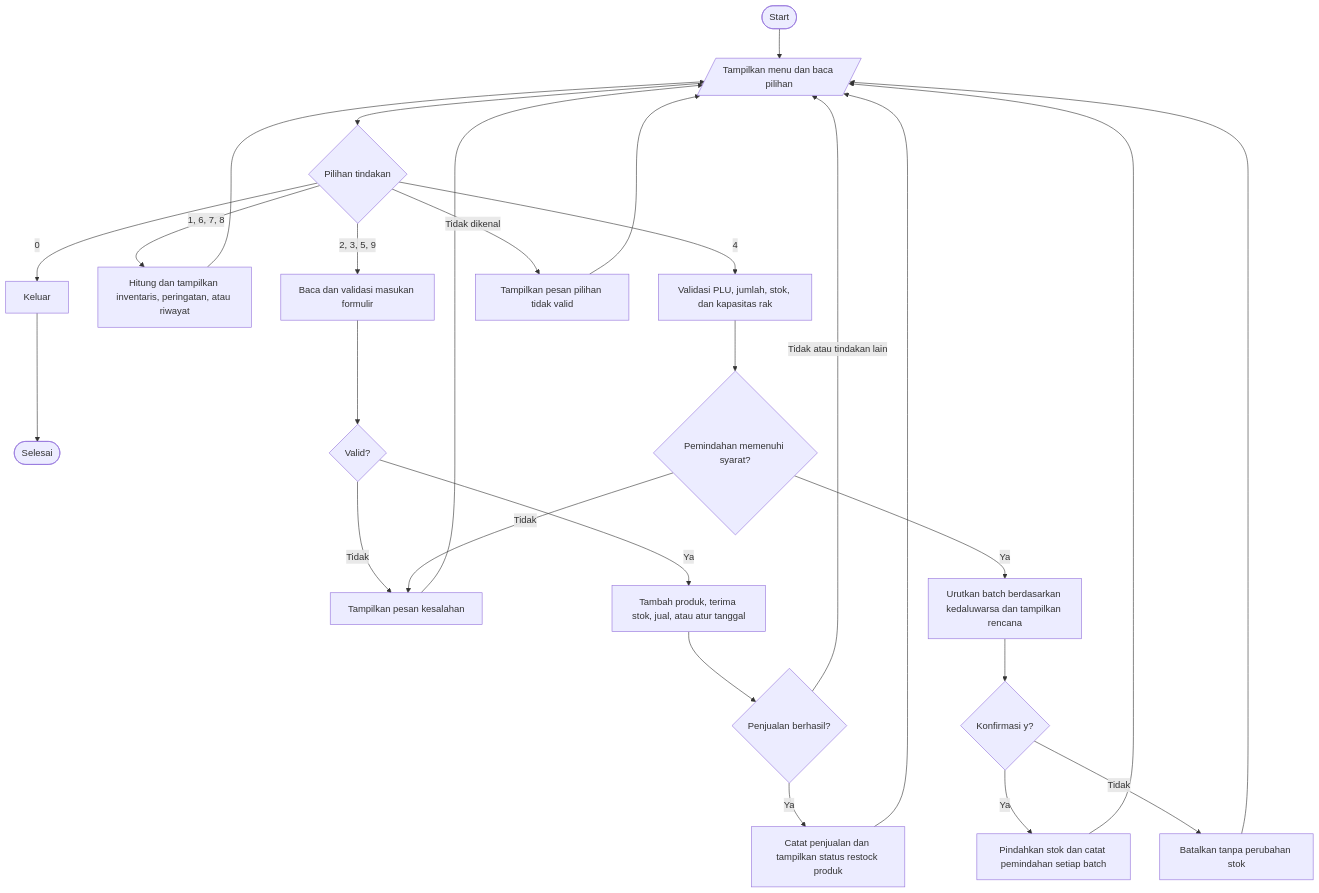
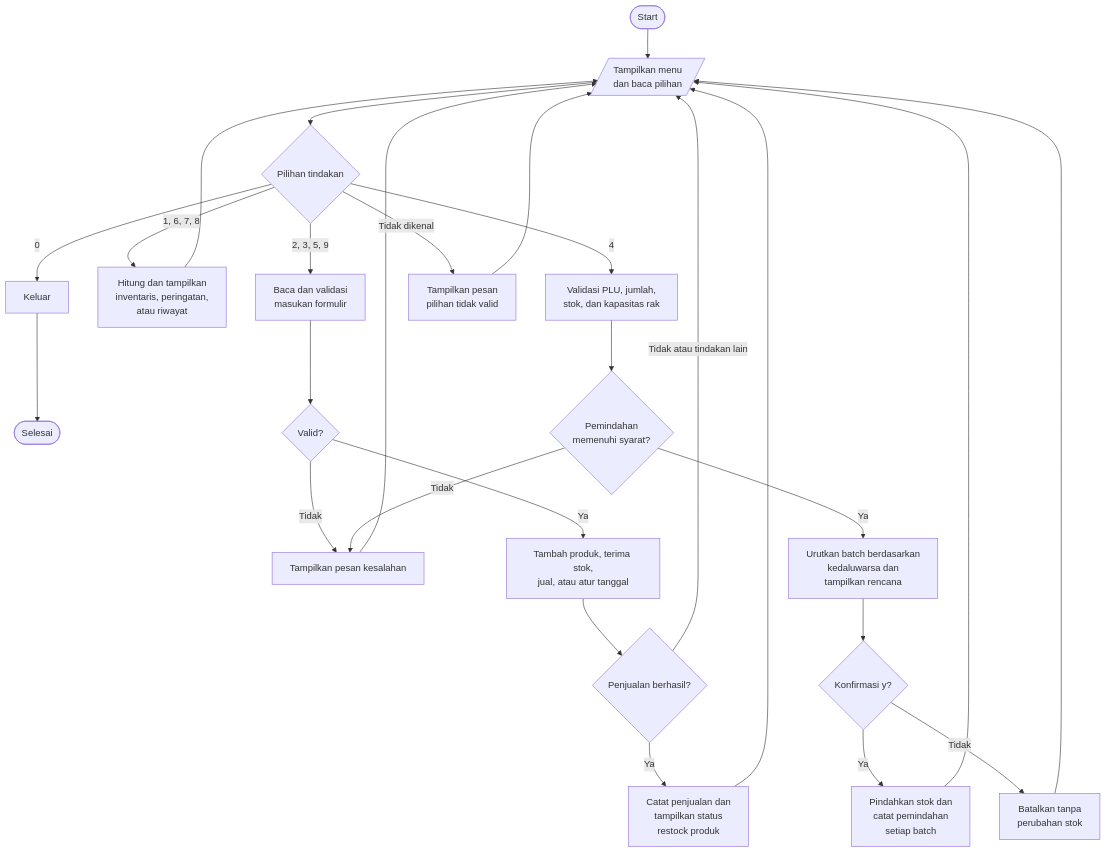
Before and after one commit to yahfiilham/pantau-toko: the diagram in README.md, drawn with Mermaid.

Commit message:
Update flowchart
nambahin <br> untuk lebarin simbol flowchart agar tulisan tidak terpotong

````diff
--- a/README.md
+++ b/README.md
@@ -107,29 +107,29 @@
 ```mermaid
 flowchart TD
-    A([Start]) --> C[/Tampilkan menu dan baca pilihan/]
+    A([Start]) --> C[/Tampilkan menu<br>dan baca pilihan/]
     C --> D{Pilihan tindakan}
     D -->|0| Z[Keluar]
     Z --> End([Selesai])
-    D -->|1, 6, 7, 8| E[Hitung dan tampilkan inventaris, peringatan, atau riwayat]
-    D -->|2, 3, 5, 9| F[Baca dan validasi masukan formulir]
-    D -->|4| G[Validasi PLU, jumlah, stok, dan kapasitas rak]
-    D -->|Tidak dikenal| H[Tampilkan pesan pilihan tidak valid]
+    D -->|1, 6, 7, 8| E[Hitung dan tampilkan<br>inventaris, peringatan,<br>atau riwayat]
+    D -->|2, 3, 5, 9| F[Baca dan validasi<br>masukan formulir]
+    D -->|4| G[Validasi PLU, jumlah,<br>stok, dan kapasitas rak]
+    D -->|Tidak dikenal| H[Tampilkan pesan<br>pilihan tidak valid]
     F --> I{Valid?}
     I -->|Tidak| J[Tampilkan pesan kesalahan]
-    I -->|Ya| K[Tambah produk, terima stok, jual, atau atur tanggal]
+    I -->|Ya| K[Tambah produk, terima stok,<br>jual, atau atur tanggal]
     K --> L{Penjualan berhasil?}
-    L -->|Ya| M[Catat penjualan dan tampilkan status restock produk]
+    L -->|Ya| M[Catat penjualan dan<br>tampilkan status<br>restock produk]
     L -->|Tidak atau tindakan lain| C
-    G --> N{Pemindahan memenuhi syarat?}
+    G --> N{Pemindahan<br>memenuhi syarat?}
     N -->|Tidak| J
-    N -->|Ya| O[Urutkan batch berdasarkan kedaluwarsa dan tampilkan rencana]
+    N -->|Ya| O[Urutkan batch berdasarkan<br>kedaluwarsa dan<br>tampilkan rencana]
     O --> P{Konfirmasi y?}
-    P -->|Ya| Q[Pindahkan stok dan catat pemindahan setiap batch]
-    P -->|Tidak| R[Batalkan tanpa perubahan stok]
+    P -->|Ya| Q[Pindahkan stok dan<br>catat pemindahan<br>setiap batch]
+    P -->|Tidak| R[Batalkan tanpa<br>perubahan stok]
     E --> C
     H --> C
     J --> C
     M --> C
     Q --> C
     R --> C
 ```
````
